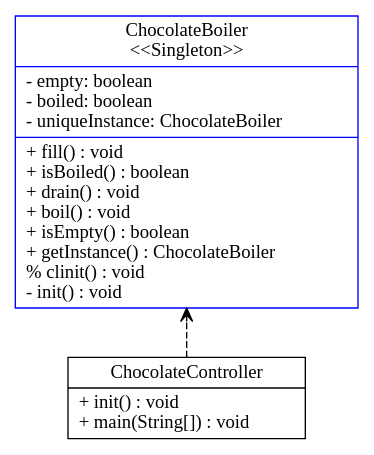
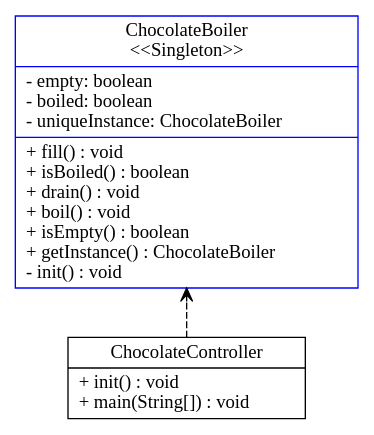
Before and after one commit to tpunt3/Csse374: the diagram in input_output/model.gv, drawn with Graphviz. The commit also changed 4 other files, not shown here.

```diff
--- a/input_output/model.gv
+++ b/input_output/model.gv
@@ -1,15 +1,15 @@
 digraph model{
 rankdir = BT;
 ChocolateBoiler [
 shape="record",color=blue
-label = "{ChocolateBoiler\n\<\<Singleton\>\>|- empty: boolean\l- boiled: boolean\l- uniqueInstance: ChocolateBoiler\l|+ fill() : void\l+ isBoiled() : boolean\l+ drain() : void\l+ boil() : void\l+ isEmpty() : boolean\l+ getInstance() : ChocolateBoiler\l% clinit() : void\l- init() : void\l}"
+label = "{ChocolateBoiler\n\<\<Singleton\>\>|- empty: boolean\l- boiled: boolean\l- uniqueInstance: ChocolateBoiler\l|+ fill() : void\l+ isBoiled() : boolean\l+ drain() : void\l+ boil() : void\l+ isEmpty() : boolean\l+ getInstance() : ChocolateBoiler\l- init() : void\l}"
 ];
 
 ChocolateController [
 shape="record",
 label = "{ChocolateController| + init() : void\l+ main(String[]) : void\l}"
 ];
 
 //writing relations between classes now
 ChocolateController -> ChocolateBoiler [arrowhead = "vee", style = "dashed"];
 }
```
